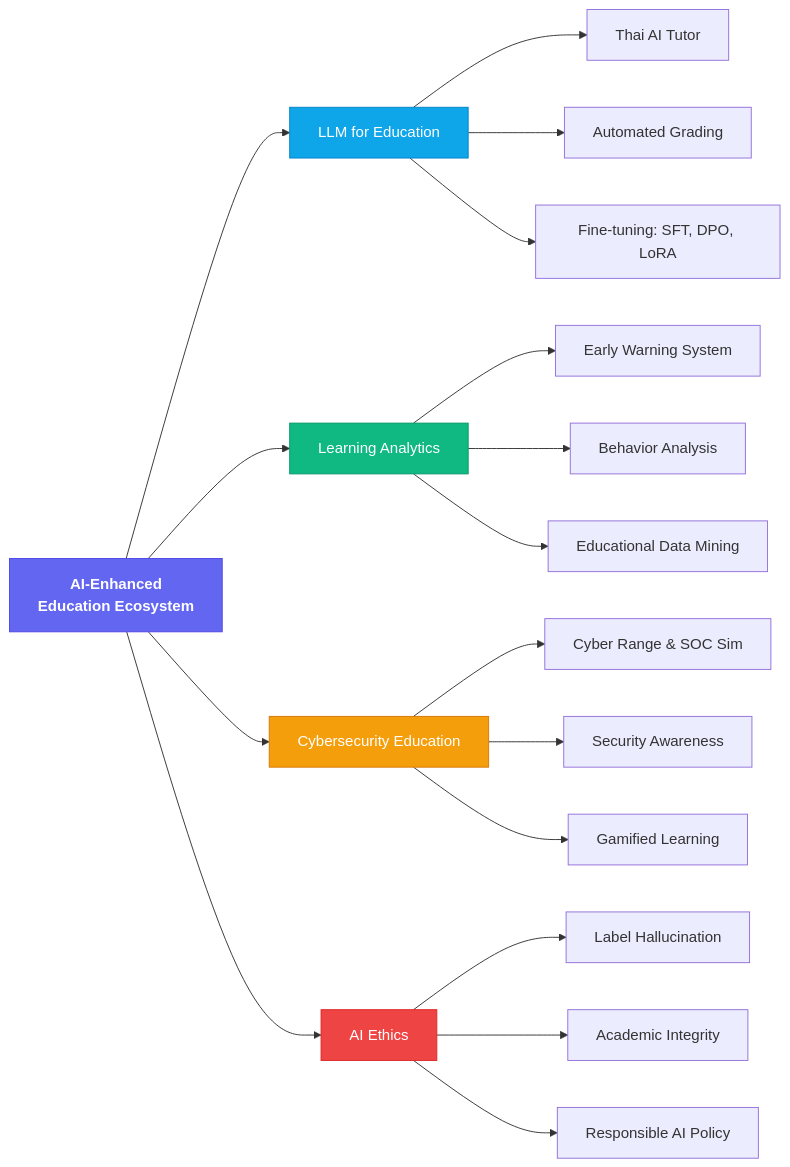
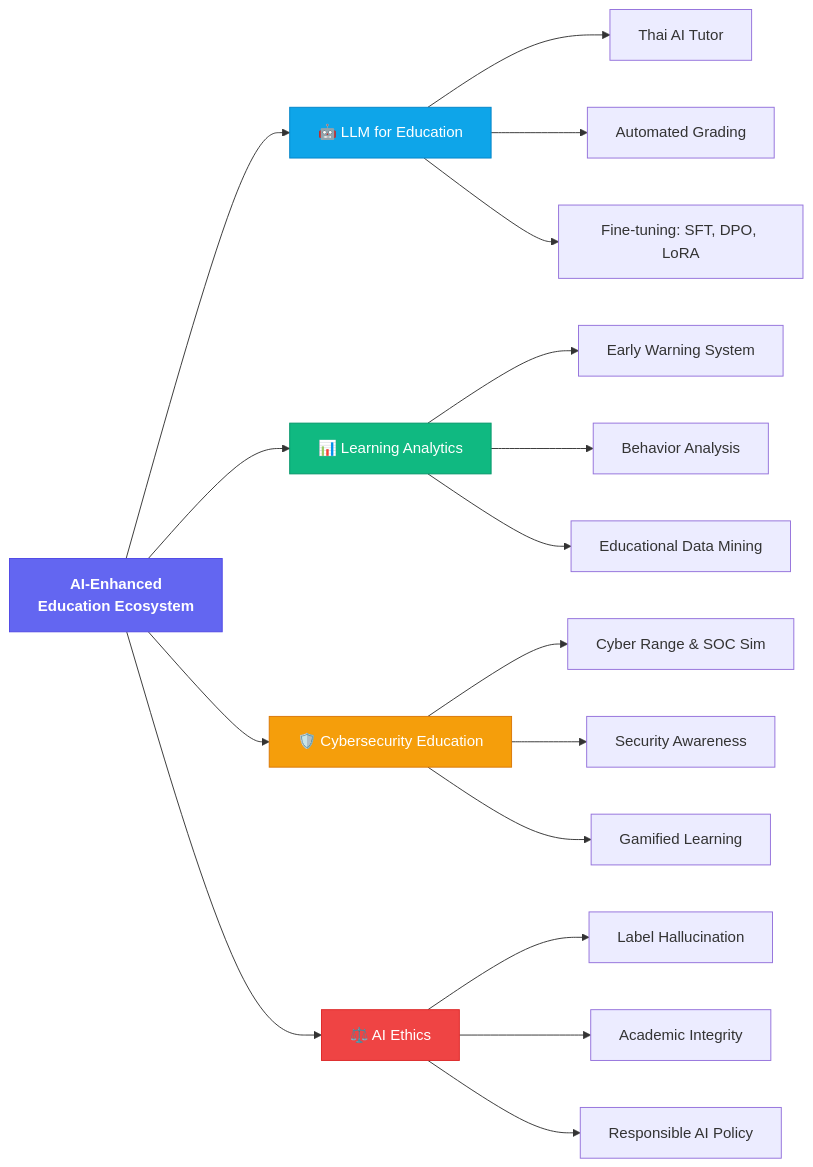
Before and after one commit to nutthakorn7/kmutnb-fte-portfolio: the second of 2 diagrams in README.md, drawn with Mermaid. The commit also changed other lines of this file, not shown here.

Commit message:
Enhance README: animated header/footer, fix broken table, Mermaid diagrams, visual badges, collapsible sections

````diff
--- a/README.md
+++ b/README.md
@@ -71,30 +103,30 @@
 ```mermaid
 graph LR
     CENTER["AI-Enhanced<br/>Education Ecosystem"]
 
-    CENTER --> A["LLM for Education"]
+    CENTER --> A["🤖 LLM for Education"]
     A --> A1["Thai AI Tutor"]
     A --> A2["Automated Grading"]
     A --> A3["Fine-tuning: SFT, DPO, LoRA"]
 
-    CENTER --> B["Learning Analytics"]
+    CENTER --> B["📊 Learning Analytics"]
     B --> B1["Early Warning System"]
     B --> B2["Behavior Analysis"]
     B --> B3["Educational Data Mining"]
 
-    CENTER --> C["Cybersecurity Education"]
+    CENTER --> C["🛡️ Cybersecurity Education"]
     C --> C1["Cyber Range & SOC Sim"]
     C --> C2["Security Awareness"]
     C --> C3["Gamified Learning"]
 
-    CENTER --> D["AI Ethics"]
+    CENTER --> D["⚖️ AI Ethics"]
     D --> D1["Label Hallucination"]
     D --> D2["Academic Integrity"]
     D --> D3["Responsible AI Policy"]
 
     style CENTER fill:#6366f1,stroke:#4f46e5,color:#fff,font-weight:bold
     style A fill:#0ea5e9,stroke:#0284c7,color:#fff
     style B fill:#10b981,stroke:#059669,color:#fff
     style C fill:#f59e0b,stroke:#d97706,color:#fff
     style D fill:#ef4444,stroke:#dc2626,color:#fff
 ```
````
